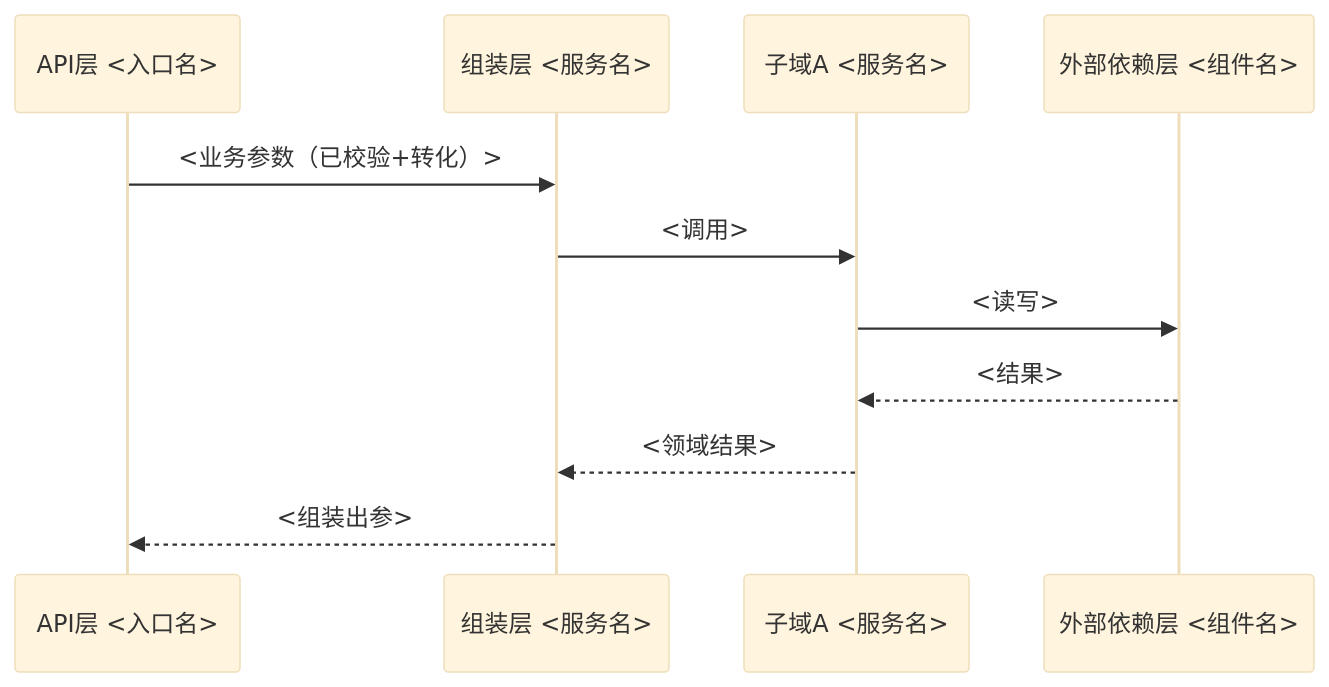
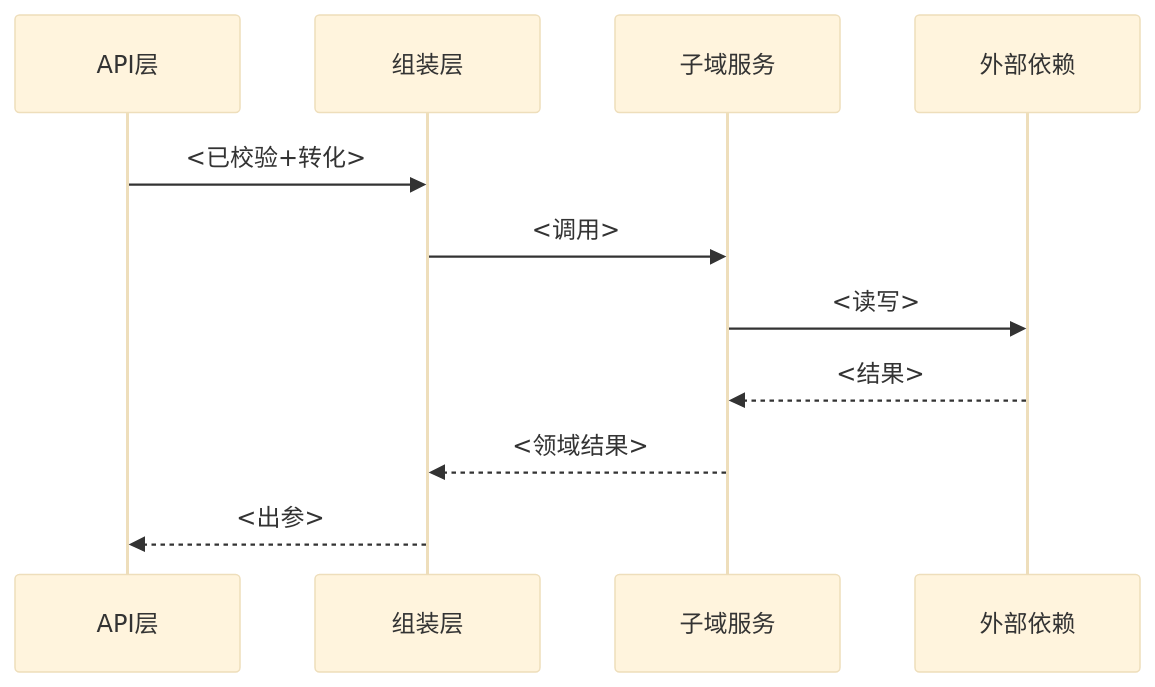
One commit to guanwenbo/pi-workflow changed the ninth of 9 diagrams in docs/templates/03-design.md. Above: the diagram before and after it, drawn with Mermaid (base theme). The commit also changed other lines of this file and 6 other files, not shown here.

````diff
--- a/docs/templates/03-design.md
+++ b/docs/templates/03-design.md
@@ -193,13 +144,13 @@
 ```mermaid
 sequenceDiagram
-  participant API as API层 <入口名>
-  participant APP as 组装层 <服务名>
-  participant DA as 子域A <服务名>
-  participant EXT as 外部依赖层 <组件名>
-  API->>APP: <业务参数（已校验+转化）>
+  participant API as API层
+  participant APP as 组装层
+  participant DA as 子域服务
+  participant EXT as 外部依赖
+  API->>APP: <已校验+转化>
   APP->>DA: <调用>
   DA->>EXT: <读写>
   EXT-->>DA: <结果>
   DA-->>APP: <领域结果>
-  APP-->>API: <组装出参>
+  APP-->>API: <出参>
 ```
````
